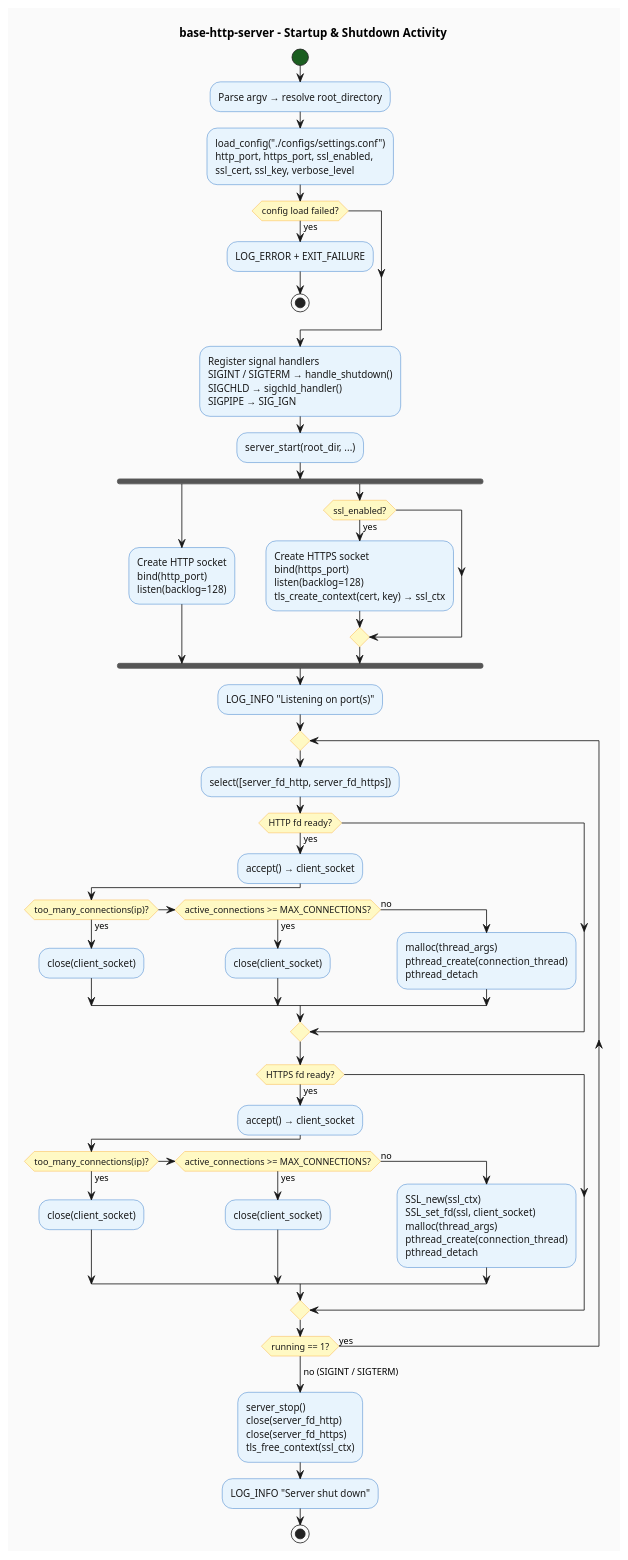
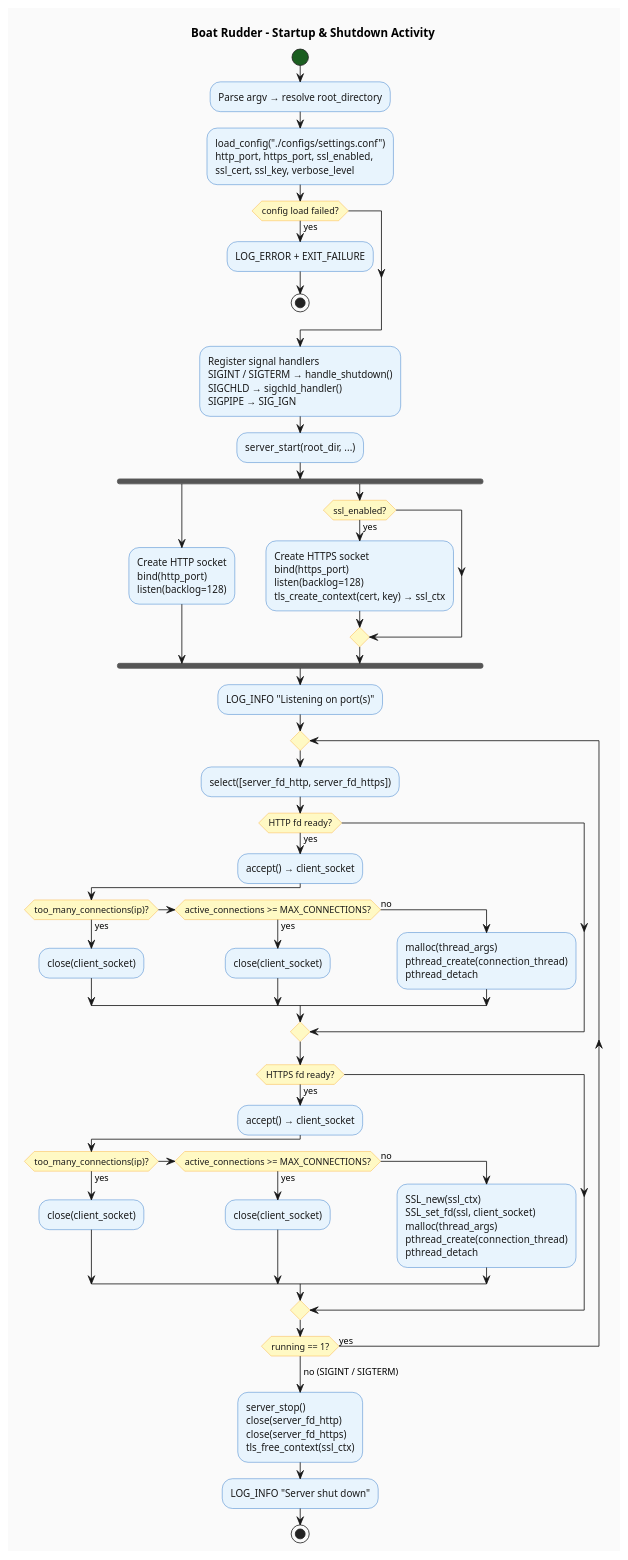
One commit to jpablotoledom/boat-rudder changed the diagram in develop_docs/diagrams/startup-flow.puml. Above: the diagram before and after it, drawn with PlantUML. The commit also changed 109 other files, not shown here.

```diff
--- a/develop_docs/diagrams/startup-flow.puml
+++ b/develop_docs/diagrams/startup-flow.puml
@@ -1,76 +1,76 @@
 @startuml startup-flow
 
-title base-http-server - Startup & Shutdown Activity
+title Boat Rudder - Startup & Shutdown Activity
 
 skinparam backgroundColor #FAFAFA
 skinparam activity {
     BackgroundColor #E8F4FD
     BorderColor #1565C0
     DiamondBackgroundColor #FFF9C4
     DiamondBorderColor #F9A825
     StartColor #1B5E20
     EndColor #B71C1C
     FontColor #1A1A1A
 }
 
 start
 
 :Parse argv → resolve root_directory;
 
 :load_config("./configs/settings.conf")\nhttp_port, https_port, ssl_enabled,\nssl_cert, ssl_key, verbose_level;
 
 if (config load failed?) then (yes)
     :LOG_ERROR + EXIT_FAILURE;
     stop
 endif
 
 :Register signal handlers\nSIGINT / SIGTERM → handle_shutdown()\nSIGCHLD → sigchld_handler()\nSIGPIPE → SIG_IGN;
 
 :server_start(root_dir, ...);
 
 fork
     :Create HTTP socket\nbind(http_port)\nlisten(backlog=128);
 fork again
     if (ssl_enabled?) then (yes)
         :Create HTTPS socket\nbind(https_port)\nlisten(backlog=128)\ntls_create_context(cert, key) → ssl_ctx;
     endif
 end fork
 
 :LOG_INFO "Listening on port(s)";
 
 repeat
 
     :select([server_fd_http, server_fd_https]);
 
     if (HTTP fd ready?) then (yes)
         :accept() → client_socket;
         if (too_many_connections(ip)?) then (yes)
             :close(client_socket);
         elseif (active_connections >= MAX_CONNECTIONS?) then (yes)
             :close(client_socket);
         else (no)
             :malloc(thread_args)\npthread_create(connection_thread)\npthread_detach;
         endif
     endif
 
     if (HTTPS fd ready?) then (yes)
         :accept() → client_socket;
         if (too_many_connections(ip)?) then (yes)
             :close(client_socket);
         elseif (active_connections >= MAX_CONNECTIONS?) then (yes)
             :close(client_socket);
         else (no)
             :SSL_new(ssl_ctx)\nSSL_set_fd(ssl, client_socket)\nmalloc(thread_args)\npthread_create(connection_thread)\npthread_detach;
         endif
     endif
 
 repeat while (running == 1?) is (yes)
 ->no (SIGINT / SIGTERM);
 
 :server_stop()\nclose(server_fd_http)\nclose(server_fd_https)\ntls_free_context(ssl_ctx);
 
 :LOG_INFO "Server shut down";
 
 stop
 
 @enduml
```
